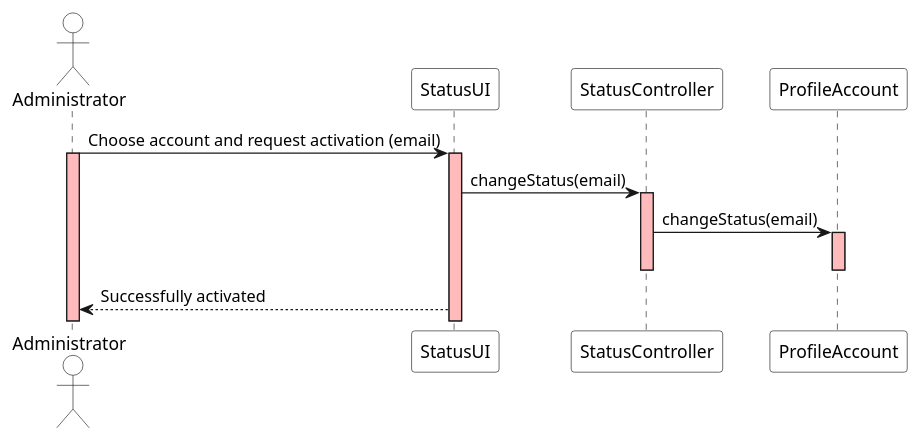
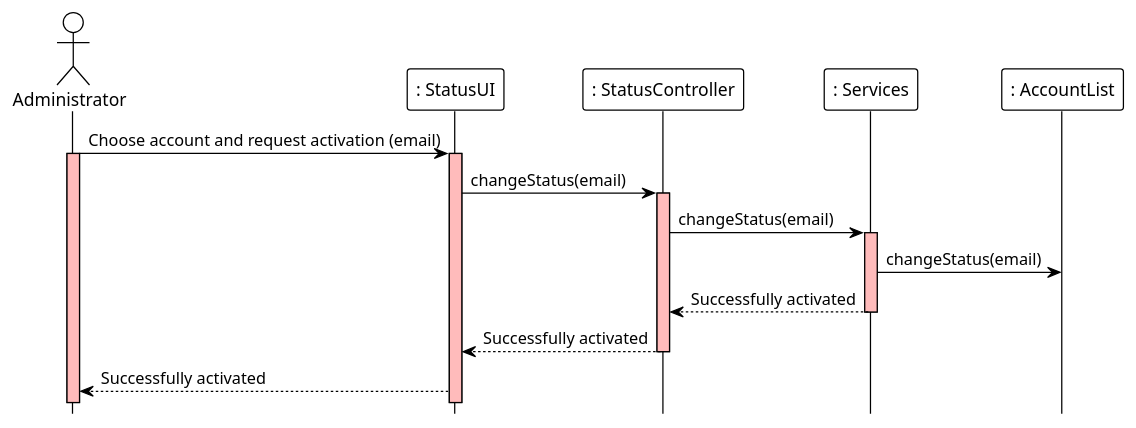
The diagram in docs/modelling_design/user_stories/us006/US006_ActivateUserAccountSD.puml (ivo-menezes/project_g3), drawn with PlantUML before and after one commit.

Commit message:
US006:Design: US006_ActivateUserAccountSD (Updates)

```diff
--- a/docs/modelling_design/user_stories/us006/US006_ActivateUserAccountSD.puml
+++ b/docs/modelling_design/user_stories/us006/US006_ActivateUserAccountSD.puml
@@ -1,21 +1,24 @@
 @startuml
-
+!theme plain
+hide footbox
 actor Administrator  as Administrator #white
-participant "StatusUI" as UI #white
-participant "StatusController" as Controller #white
-participant "ProfileAccount" as Account #white
+participant ": StatusUI" as UI #white
+participant ": StatusController" as Controller #white
+participant ": Services" as Services #white
+participant ": AccountList" as Account #white
 
 'Administrator ->  Controller : 1.Choose account and request activation
 Administrator ->  UI : Choose account and request activation (email)
 activate UI #FFBBBB
-'activate Controller #FFBBBB
 activate Administrator #FFBBBB
 UI -> Controller: changeStatus(email)
 activate Controller #FFBBBB
-Controller -> Account: changeStatus(email)
-activate Account #FFBBBB
-deactivate Account
+Controller -> Services : changeStatus(email)
+activate Services #FFBBBB
+Services -> Account: changeStatus(email)
+Services --> Controller : Successfully activated
+deactivate Services
+Controller --> UI : Successfully activated
 deactivate Controller
-
 UI --> Administrator: Successfully activated
 @enduml
```
